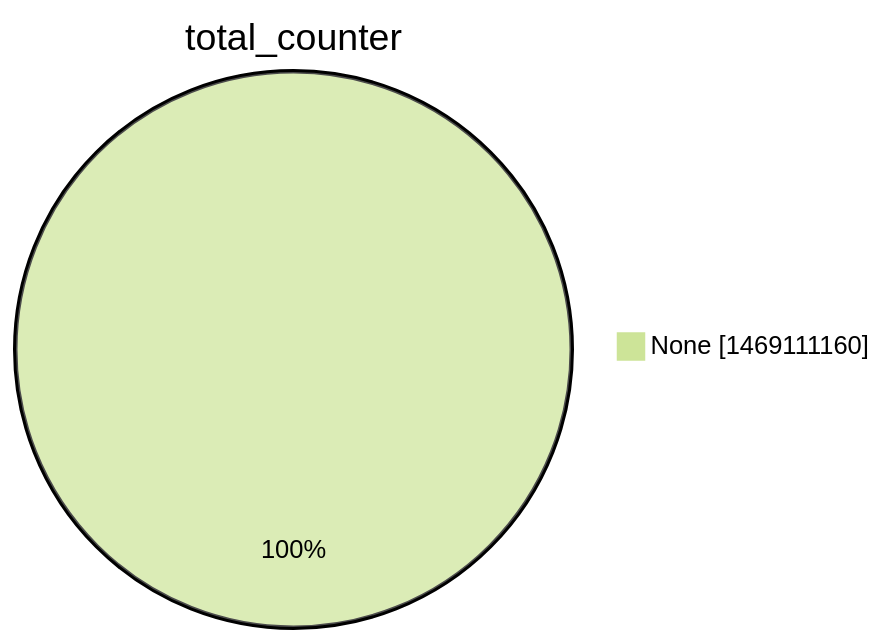
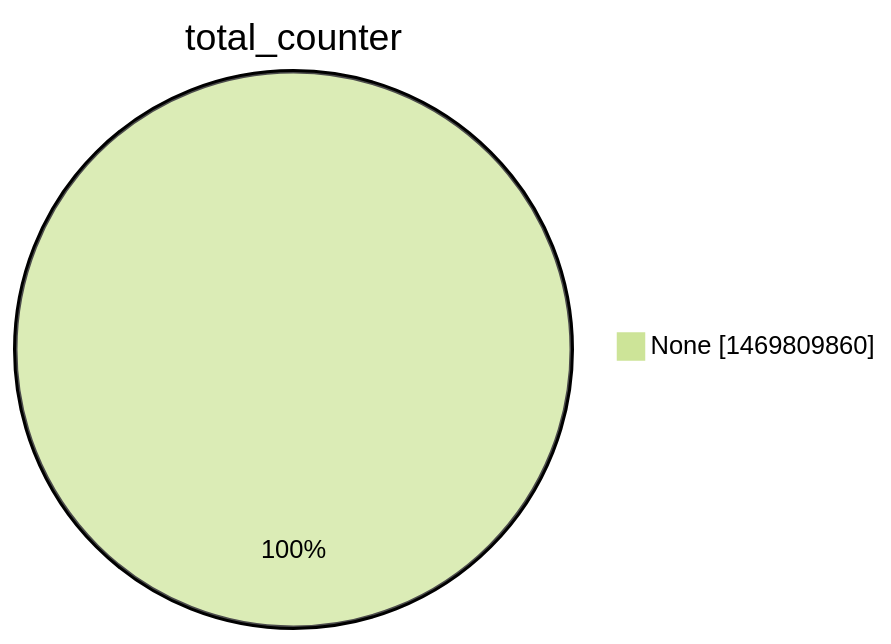
One commit to christiankrug/ctmonitor_visualization changed the second of 15 diagrams in argon2022/README.md. Above: the diagram before and after it, drawn with Mermaid (forest theme). The commit also changed other lines of this file, not shown here.

````diff
--- a/argon2022/README.md
+++ b/argon2022/README.md
@@ -9,5 +9,5 @@
 ```mermaid
 pie showData
 title total_counter
-"None" :1469111160
+"None" :1469809860
 ```
````
